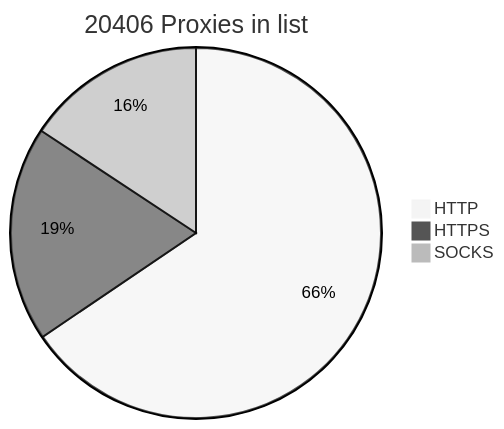
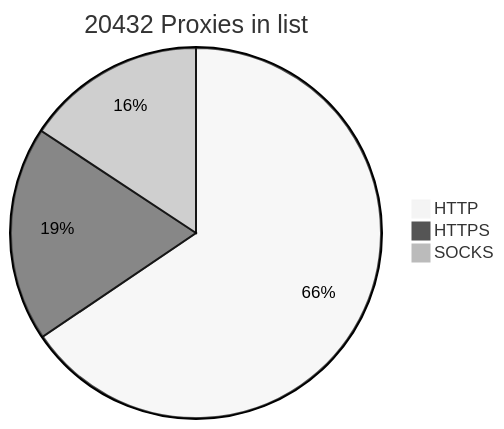
One commit to BlackSnowDot/proxylist-update-every-minute changed the diagram in README.md. Above: the diagram before and after it, drawn with Mermaid (neutral theme). The commit also changed other lines of this file, not shown here.

````diff
--- a/README.md
+++ b/README.md
@@ -2,6 +2,6 @@
 ```mermaid
-pie title 20406 Proxies in list
-    "HTTP" : 15016
-    "HTTPS": 4301
-    "SOCKS" : 3600
+pie title 20432 Proxies in list
+    "HTTP" : 15037
+    "HTTPS": 4304
+    "SOCKS" : 3605
 ```
````
